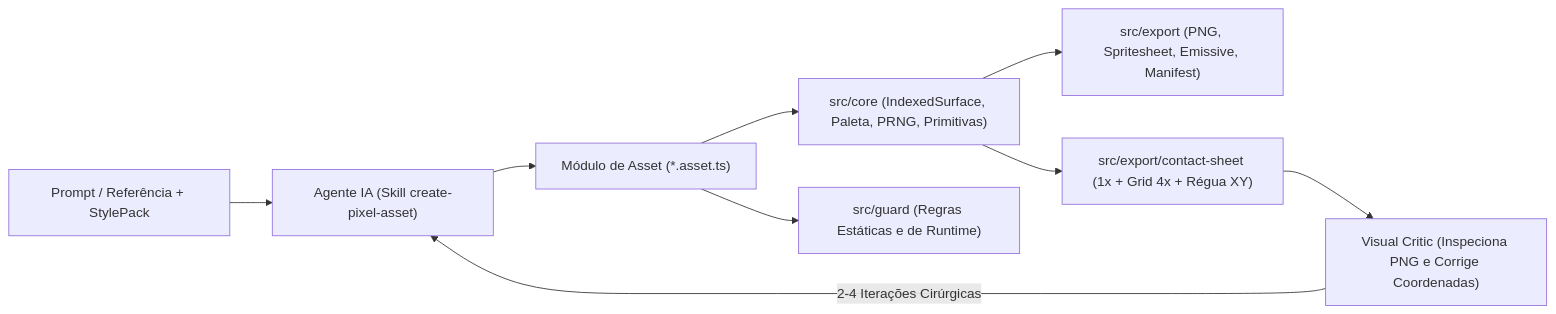
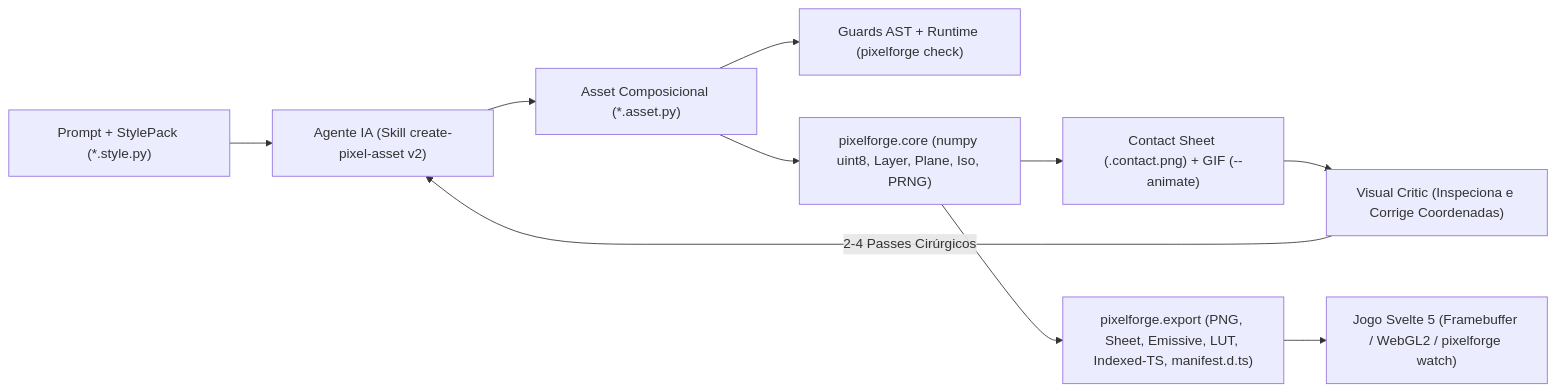
Before and after one commit to ye-sandbox/pixelforge: the diagram in README.pt-br.md, drawn with Mermaid. The commit also changed other lines of this file and 2 other files, not shown here.

Commit message:
docs(skill): rewrite create-pixel-asset v2 and sync READMEs

````diff
--- a/README.pt-br.md
+++ b/README.pt-br.md
@@ -26,11 +28,12 @@
 ```mermaid
 flowchart LR
-    Spec["Prompt / Referência + StylePack"] --> Agent["Agente IA (Skill create-pixel-asset)"]
-    Agent --> Asset["Módulo de Asset (*.asset.ts)"]
-    Asset --> Core["src/core (IndexedSurface, Paleta, PRNG, Primitivas)"]
-    Asset --> Guard["src/guard (Regras Estáticas e de Runtime)"]
-    Core --> Export["src/export (PNG, Spritesheet, Emissive, Manifest)"]
-    Core --> Sheet["src/export/contact-sheet (1x + Grid 4x + Régua XY)"]
-    Sheet --> Critic["Visual Critic (Inspeciona PNG e Corrige Coordenadas)"]
-    Critic -->|"2-4 Iterações Cirúrgicas"| Agent
+    Spec["Prompt + StylePack (*.style.py)"] --> Agent["Agente IA (Skill create-pixel-asset v2)"]
+    Agent --> Asset["Asset Composicional (*.asset.py)"]
+    Asset --> Guard["Guards AST + Runtime (pixelforge check)"]
+    Asset --> Core["pixelforge.core (numpy uint8, Layer, Plane, Iso, PRNG)"]
+    Core --> Sheet["Contact Sheet (.contact.png) + GIF (--animate)"]
+    Sheet --> Critic["Visual Critic (Inspeciona e Corrige Coordenadas)"]
+    Critic -->|"2-4 Passes Cirúrgicos"| Agent
+    Core --> Export["pixelforge.export (PNG, Sheet, Emissive, LUT, Indexed-TS, manifest.d.ts)"]
+    Export --> Svelte["Jogo Svelte 5 (Framebuffer / WebGL2 / pixelforge watch)"]
 ```
````
